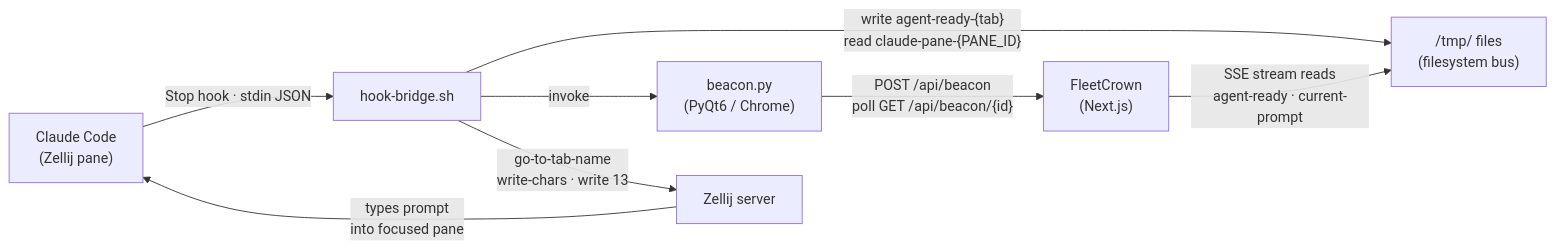
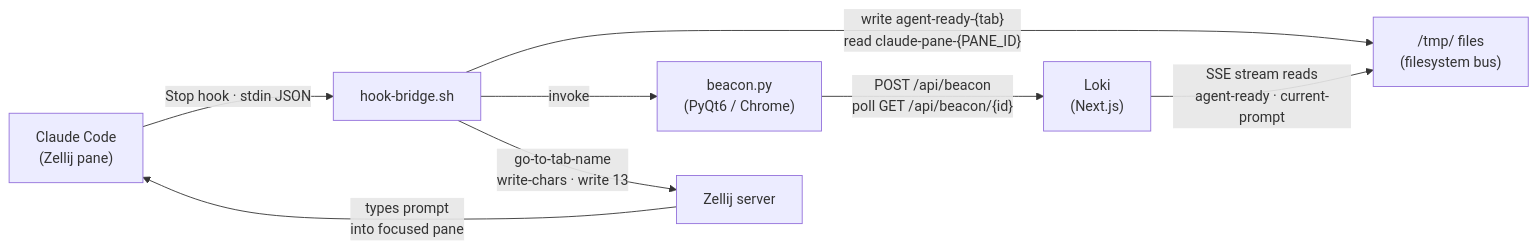
One commit to bitbaum/fleetcrown changed the first of 2 diagrams in content/thoughts/the-anatomy-of-a-broken-injection-pipeline.md. Above: the diagram before and after it, drawn with Mermaid. The commit also changed other lines of this file and 638 other files, not shown here.

First line of the commit message:
refactor: rename the product from FleetCrown to Loki

````diff
--- a/content/thoughts/the-anatomy-of-a-broken-injection-pipeline.md
+++ b/content/thoughts/the-anatomy-of-a-broken-injection-pipeline.md
@@ -47,17 +47,17 @@
 ```mermaid
 flowchart LR
     Claude["Claude Code\n(Zellij pane)"]
     Bridge["hook-bridge.sh"]
     FS["/tmp/ files\n(filesystem bus)"]
     Beacon["beacon.py\n(PyQt6 / Chrome)"]
-    FleetCrown["FleetCrown\n(Next.js)"]
+    Loki["Loki\n(Next.js)"]
     Zellij["Zellij server"]
 
     Claude -->|"Stop hook · stdin JSON"| Bridge
     Bridge -->|"write agent-ready-{tab}\nread claude-pane-{PANE_ID}"| FS
     Bridge -->|"invoke"| Beacon
-    Beacon -->|"POST /api/beacon\npoll GET /api/beacon/{id}"| FleetCrown
-    FleetCrown -->|"SSE stream reads\nagent-ready · current-prompt"| FS
+    Beacon -->|"POST /api/beacon\npoll GET /api/beacon/{id}"| Loki
+    Loki -->|"SSE stream reads\nagent-ready · current-prompt"| FS
     Bridge -->|"go-to-tab-name\nwrite-chars · write 13"| Zellij
     Zellij -->|"types prompt\ninto focused pane"| Claude
 ```
````
